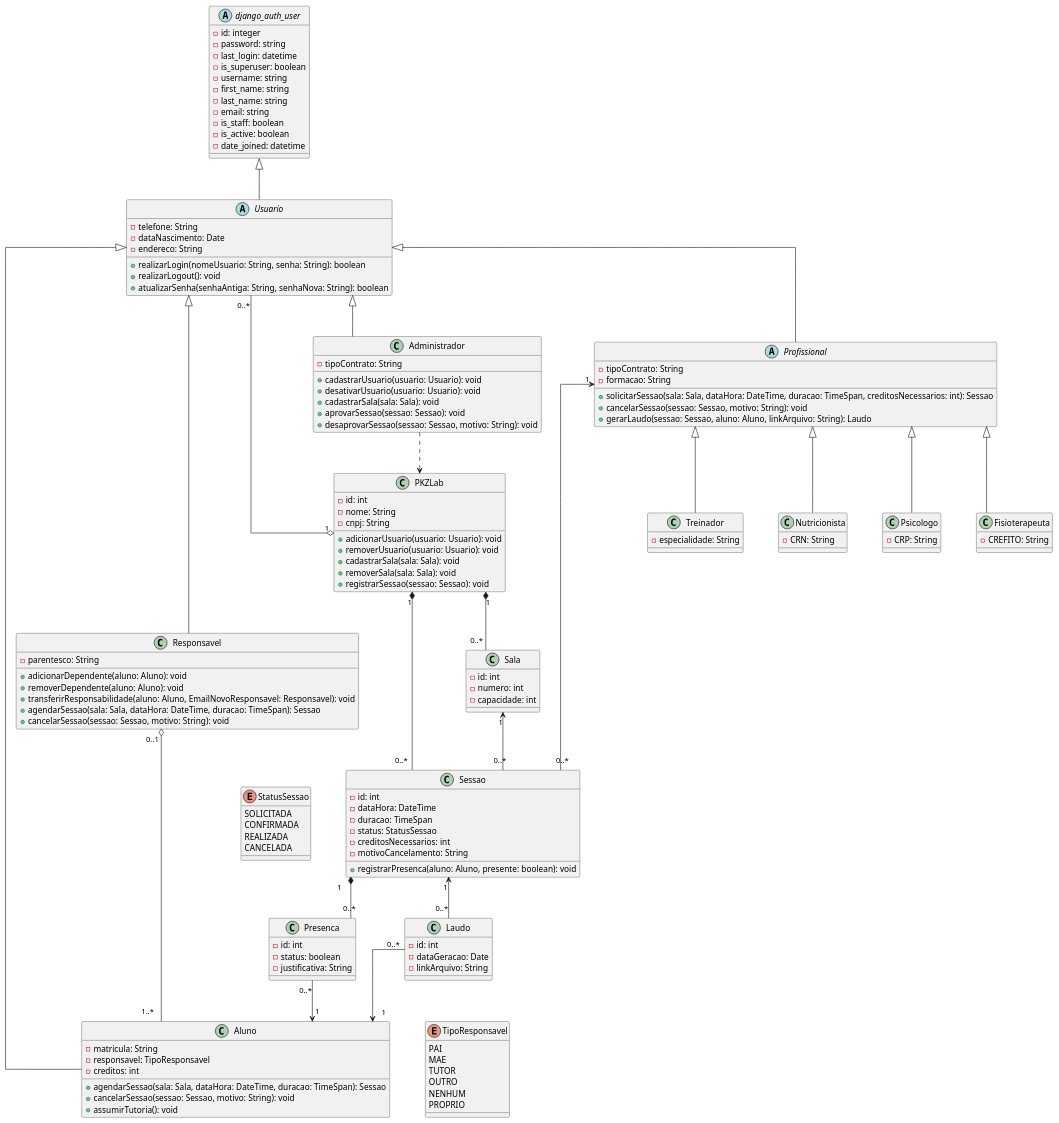
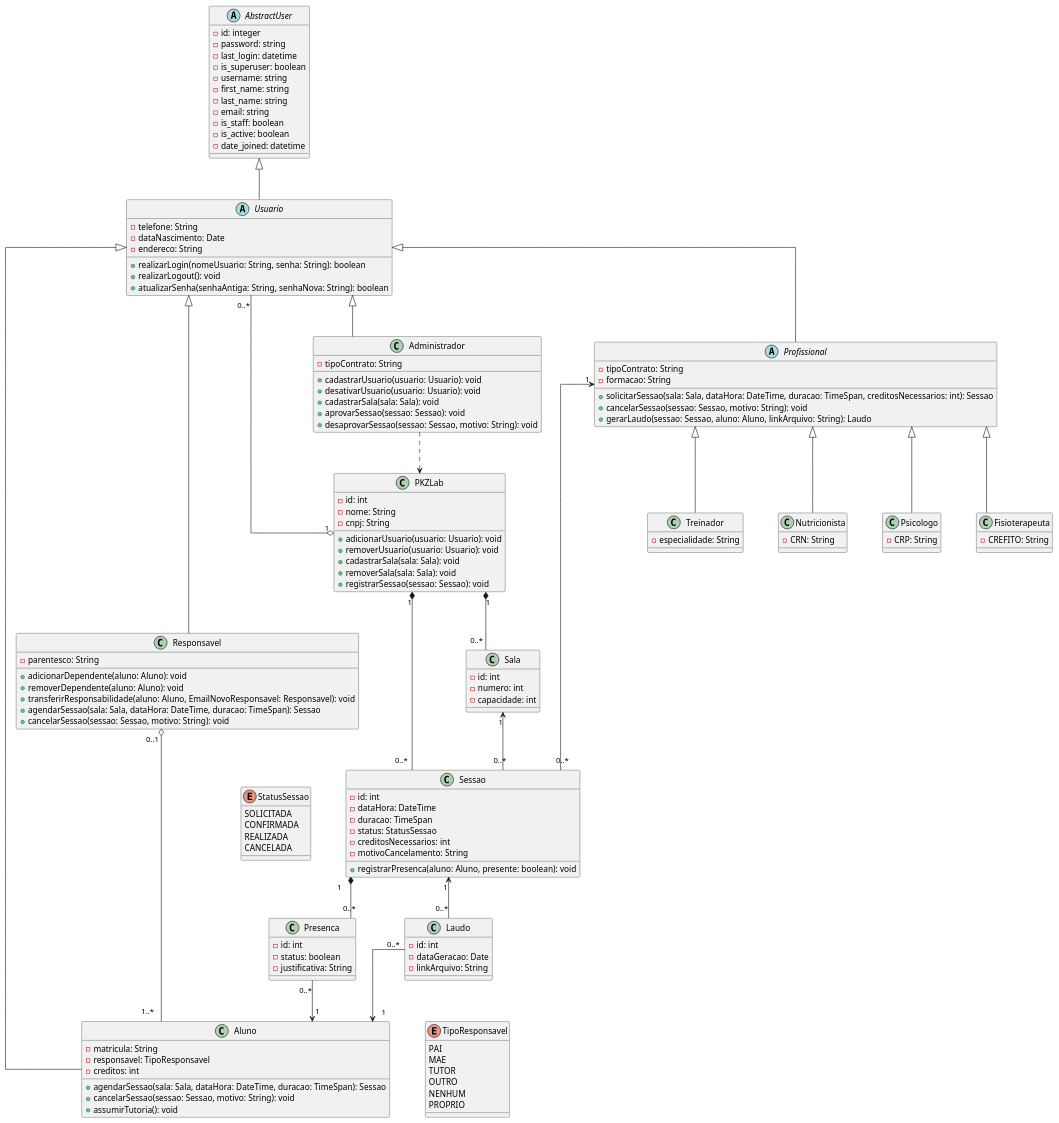
One commit to Projetos-de-Extensao/PECDII_26.2_8001_III changed the diagram in docs/Elaboracao/diagrama_de_classes.puml. Above: the diagram before and after it, drawn with PlantUML.

Commit message:
fix: corrige o nome da classe django_auth_user para AbstractUser

```diff
--- a/docs/Elaboracao/diagrama_de_classes.puml
+++ b/docs/Elaboracao/diagrama_de_classes.puml
@@ -1,188 +1,188 @@
 @startuml
 skinparam linetype ortho
 skinparam nodesep 60
 skinparam ranksep 70
 
 ' ==========================================
 ' ENUMS
 ' ==========================================
 enum StatusSessao {
     SOLICITADA
     CONFIRMADA
     REALIZADA
     CANCELADA
 }
 
 ' ==========================================
 ' AGREGADOR RAIZ / SISTEMA (PKZLab)
 ' ==========================================
 class PKZLab {
     - id: int
     - nome: String
     - cnpj: String
     + adicionarUsuario(usuario: Usuario): void
     + removerUsuario(usuario: Usuario): void
     + cadastrarSala(sala: Sala): void
     + removerSala(sala: Sala): void
     + registrarSessao(sessao: Sessao): void
 }
 
 ' ==========================================
 ' HIERARQUIA DE USUÁRIOS
 ' ==========================================
 
-abstract class django_auth_user {
+abstract class AbstractUser {
     - id: integer
     - password: string
     - last_login: datetime
     - is_superuser: boolean
     - username: string
     - first_name: string
     - last_name: string
     - email: string
     - is_staff: boolean
     - is_active: boolean
     - date_joined: datetime
 }
 
 abstract class Usuario {
     - telefone: String
     - dataNascimento: Date
     - endereco: String
     + realizarLogin(nomeUsuario: String, senha: String): boolean
     + realizarLogout(): void
     + atualizarSenha(senhaAntiga: String, senhaNova: String): boolean
 }
 
 class Administrador {
     - tipoContrato: String
     + cadastrarUsuario(usuario: Usuario): void
     + desativarUsuario(usuario: Usuario): void
     + cadastrarSala(sala: Sala): void
     + aprovarSessao(sessao: Sessao): void
     + desaprovarSessao(sessao: Sessao, motivo: String): void
 }
 
 class Responsavel {
     - parentesco: String
     + adicionarDependente(aluno: Aluno): void
     + removerDependente(aluno: Aluno): void
     + transferirResponsabilidade(aluno: Aluno, EmailNovoResponsavel: Responsavel): void
     + agendarSessao(sala: Sala, dataHora: DateTime, duracao: TimeSpan): Sessao
     + cancelarSessao(sessao: Sessao, motivo: String): void
 
 }
 
 enum TipoResponsavel {
     PAI
     MAE
     TUTOR
     OUTRO
     NENHUM
     PROPRIO
 }
 
 class Aluno {
     - matricula: String
     - responsavel: TipoResponsavel
     - creditos: int
     + agendarSessao(sala: Sala, dataHora: DateTime, duracao: TimeSpan): Sessao
     + cancelarSessao(sessao: Sessao, motivo: String): void
     + assumirTutoria(): void
 }
 
 abstract class Profissional {
     - tipoContrato: String
     - formacao: String
     + solicitarSessao(sala: Sala, dataHora: DateTime, duracao: TimeSpan, creditosNecessarios: int): Sessao
     + cancelarSessao(sessao: Sessao, motivo: String): void
     + gerarLaudo(sessao: Sessao, aluno: Aluno, linkArquivo: String): Laudo
 }
 
 class Treinador {
     - especialidade: String
 }
 
 class Nutricionista {
     - CRN: String
 }
 
 class Psicologo {
     - CRP: String
 }
 
 class Fisioterapeuta{
     - CREFITO: String
 }
 
-django_auth_user <|-- Usuario
+AbstractUser <|-- Usuario
 
 Usuario <|-- Administrador
 Usuario <|-- Responsavel
 Usuario <|-- Aluno
 Usuario <|-- Profissional
 
 Profissional <|-- Treinador
 Profissional <|-- Nutricionista
 Profissional <|-- Psicologo
 Profissional <|-- Fisioterapeuta
 
 Responsavel "0..1" o-- "1..*" Aluno
 
 TipoResponsavel -[hidden]left-> Aluno
 
 ' ==========================================
 ' SESSÃO, SALA E AGENDAMENTO
 ' ==========================================
 class Sala {
     - id: int
     - numero: int
     - capacidade: int
 }
 
 class Sessao {
     - id: int
     - dataHora: DateTime
     - duracao: TimeSpan
     - status: StatusSessao
     - creditosNecessarios: int
     - motivoCancelamento: String
     + registrarPresenca(aluno: Aluno, presente: boolean): void
 }
 
 class Presenca {
     - id: int
     - status: boolean
     - justificativa: String
 }
 
 class Laudo {
     - id: int
     - dataGeracao: Date
     - linkArquivo: String
 }
 
 ' ==========================================
 ' RELACIONAMENTOS DO PKZLab E ADMINISTRAÇÃO
 ' ==========================================
 PKZLab "1" o-- "0..*" Usuario
 PKZLab "1" *-- "0..*" Sala
 PKZLab "1" *-- "0..*" Sessao
 
 Administrador ..> PKZLab
 
 ' ==========================================
 ' RELACIONAMENTOS OPERACIONAIS
 ' ==========================================
 Profissional "1" <-- "0..*" Sessao
 Sala "1" <-- "0..*" Sessao
 
 Sessao "1" *-- "0..*" Presenca
 Presenca "0..*" --> "1" Aluno
 
 Sessao "1" <-- "0..*" Laudo
 Laudo "0..*" --> "1" Aluno
 
 StatusSessao -[hidden]right-> Sessao
 
 @enduml
```
